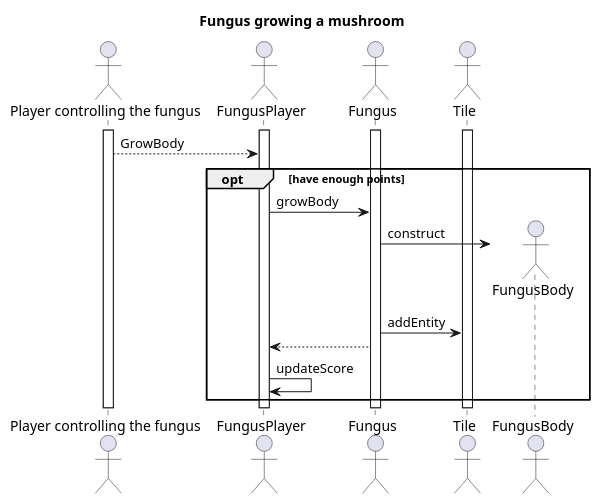
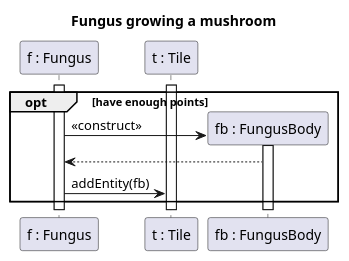
Before and after one commit to Harcipan/Projlab_nullpointerexception: the diagram in diagrams/diagramFiles/SQ_FungusMushroom.puml, drawn with PlantUML. The commit also changed 23 other files, not shown here.

```diff
--- a/diagrams/diagramFiles/SQ_FungusMushroom.puml
+++ b/diagrams/diagramFiles/SQ_FungusMushroom.puml
@@ -1,28 +1,22 @@
 @startuml Fungus mushroom
 
 title Fungus growing a mushroom
 
-actor "Player controlling the fungus" as P
-actor "FungusPlayer" as Fp
-actor "Fungus" as F
-actor "Tile" as T
-actor "FungusBody" as Fb
+participant "f : Fungus" as F
+participant "t : Tile" as T
+participant "fb : FungusBody" as Fb
 
-activate P
-activate Fp
 activate F
 activate T
 
-P --> Fp : GrowBody
 opt have enough points
-Fp -> F : growBody
-F -> Fb ** : construct
-F -> T : addEntity
-F --> Fp
-Fp -> Fp : updateScore
+F -> Fb ** : <<construct>>
+activate Fb
+Fb --> F
+F -> T : addEntity(fb)
 
 
 end
 
 
 @enduml
```
